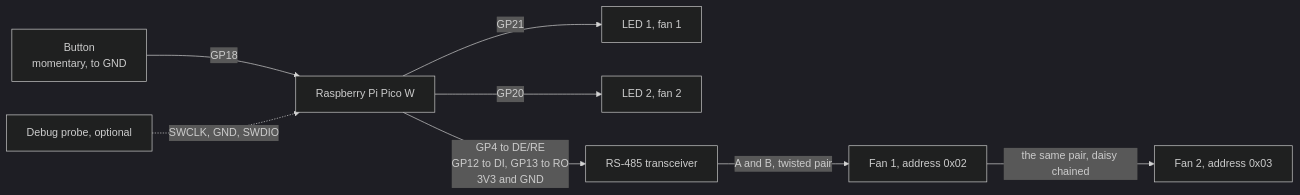
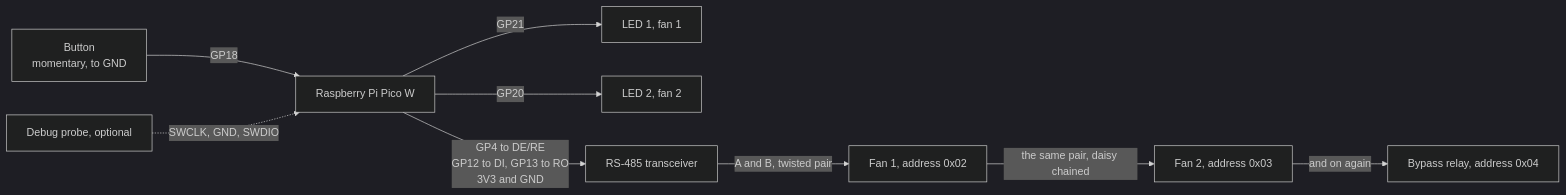
One commit to SantaClaas/embedded-fan-control changed the diagram in fan-controller/documentation.md. Above: the diagram before and after it, drawn with Mermaid (dark theme). The commit also changed other lines of this file and 11 other files, not shown here.

````diff
--- a/fan-controller/documentation.md
+++ b/fan-controller/documentation.md
@@ -73,10 +92,11 @@
 ```mermaid
 flowchart LR
     BUTTON[Button<br/>momentary, to GND] -- GP18 --> PICO
     PICO -- GP21 --> LED1[LED 1, fan 1]
     PICO -- GP20 --> LED2[LED 2, fan 2]
     PICO[Raspberry Pi Pico W] -- "GP4 to DE/RE<br/>GP12 to DI, GP13 to RO<br/>3V3 and GND" --> TRANSCEIVER[RS-485 transceiver]
     TRANSCEIVER -- "A and B, twisted pair" --> FAN1[Fan 1, address 0x02]
     FAN1 -- "the same pair, daisy chained" --> FAN2[Fan 2, address 0x03]
+    FAN2 -- "and on again" --> RELAY[Bypass relay, address 0x04]
     PROBE[Debug probe, optional] -. "SWCLK, GND, SWDIO" .-> PICO
 ```
````
